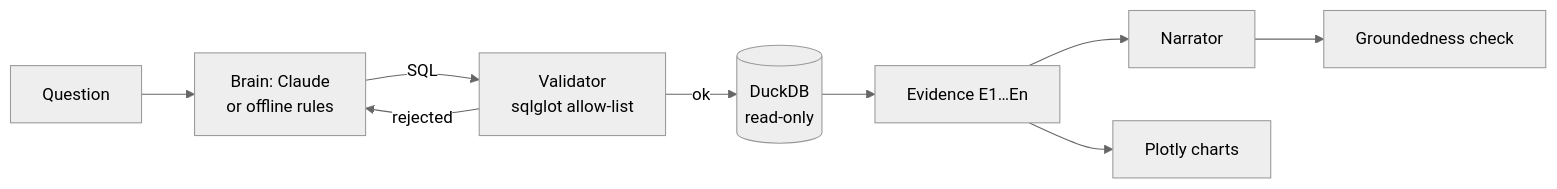
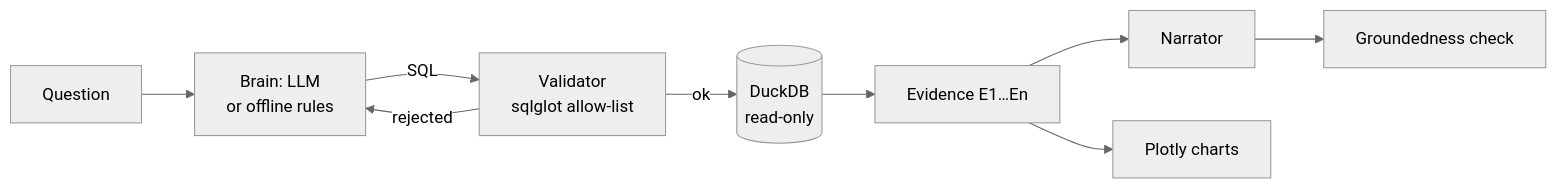
One commit to Shreyro/Shreyro changed the second of 3 diagrams in README.md. Above: the diagram before and after it, drawn with Mermaid (neutral theme). The commit also changed other lines of this file and 13 other files, not shown here.

````diff
--- a/README.md
+++ b/README.md
@@ -98,11 +85,11 @@
 ```mermaid
 flowchart LR
-  Q[Question] --> B[Brain: Claude<br/>or offline rules]
+  Q[Question] --> B[Brain: LLM<br/>or offline rules]
   B -->|SQL| V[Validator<br/>sqlglot allow-list]
   V -->|rejected| B
   V -->|ok| X[(DuckDB<br/>read-only)]
   X --> Ev[Evidence E1…En]
   Ev --> N[Narrator]
   N --> G[Groundedness check]
   Ev --> C[Plotly charts]
 ```
````
